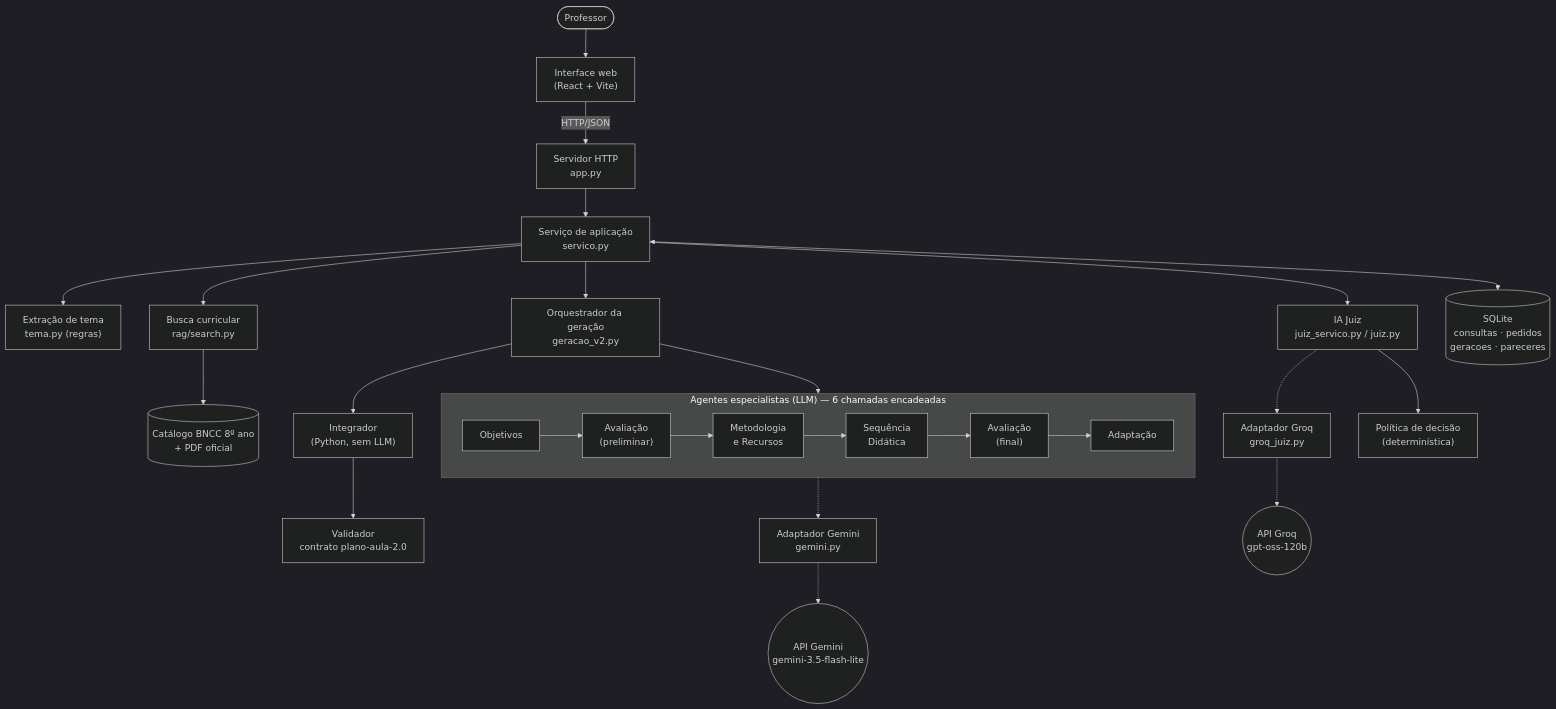
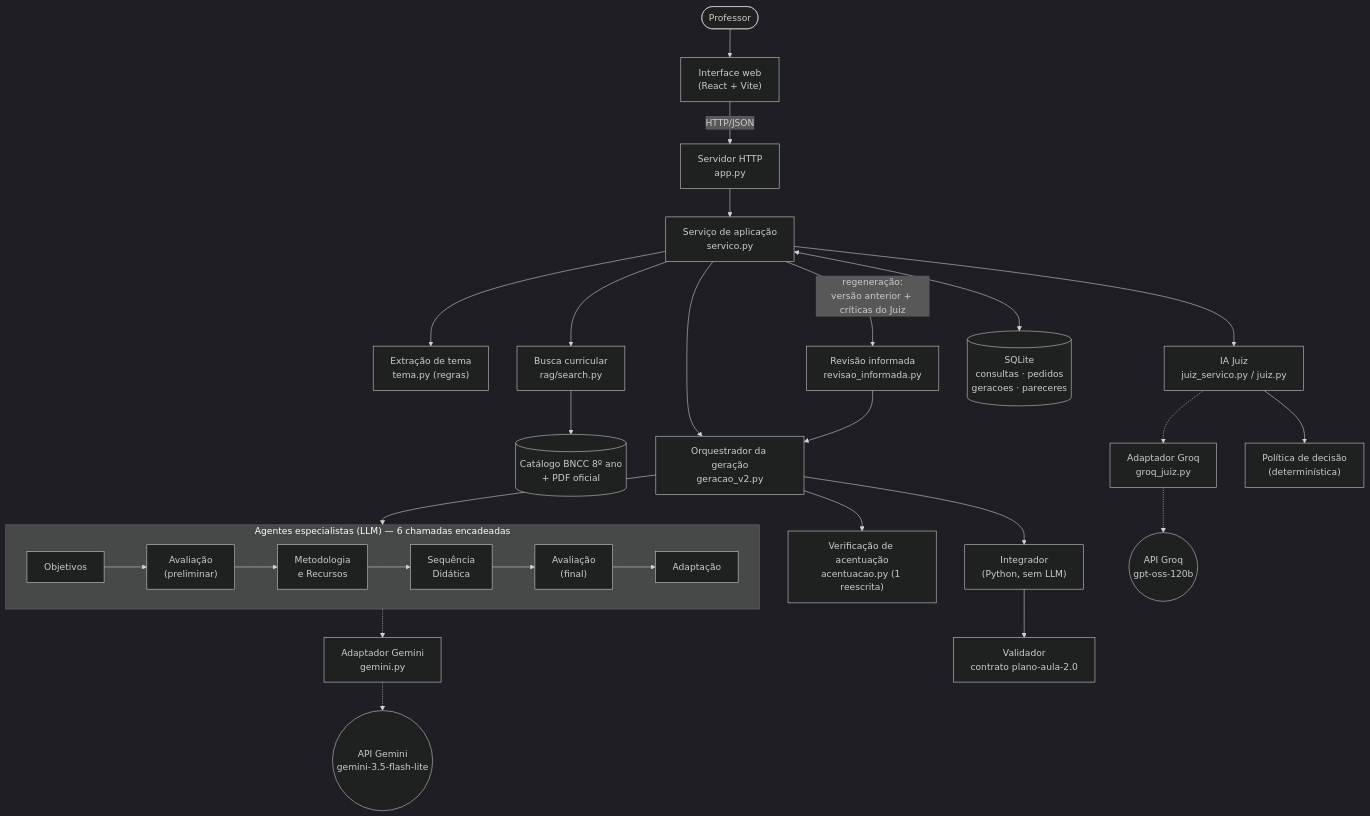
Before and after one commit to Carneiro-Joao/tcc-plataforma-multiagente: the first of 5 diagrams in docs/diagramas/diagramas-finais.md, drawn with Mermaid (dark theme). The commit also changed other lines of this file and 5 other files, not shown here.

First line of the commit message:
docs(diagramas): componentes com revisao informada e verificacao de acentuacao; SVGs de atividades e sequencia regenerados

````diff
--- a/docs/diagramas/diagramas-finais.md
+++ b/docs/diagramas/diagramas-finais.md
@@ -30,24 +32,27 @@
 ```mermaid
 flowchart TB
     P(["Professor"]) --> UI["Interface web<br/>(React + Vite)"]
     UI -->|"HTTP/JSON"| API["Servidor HTTP<br/>app.py"]
     API --> SV["Serviço de aplicação<br/>servico.py"]
     SV --> TEMA["Extração de tema<br/>tema.py (regras)"]
     SV --> RAG["Busca curricular<br/>rag/search.py"]
     RAG --> CAT[("Catálogo BNCC 8º ano<br/>+ PDF oficial")]
     SV --> ORQ["Orquestrador da geração<br/>geracao_v2.py"]
+    SV -->|"regeneração:<br/>versão anterior + críticas do Juiz"| REV["Revisão informada<br/>revisao_informada.py"]
+    REV --> ORQ
+    ORQ --> ACE["Verificação de acentuação<br/>acentuacao.py (1 reescrita)"]
     subgraph ESP["Agentes especialistas (LLM) — 6 chamadas encadeadas"]
         direction LR
         A1["Objetivos"] --> A2["Avaliação<br/>(preliminar)"] --> A3["Metodologia<br/>e Recursos"] --> A4["Sequência<br/>Didática"] --> A5["Avaliação<br/>(final)"] --> A6["Adaptação"]
     end
     ORQ --> ESP
     ESP -.-> GEM["Adaptador Gemini<br/>gemini.py"]
     GEM -.-> GAPI(("API Gemini<br/>gemini-3.5-flash-lite"))
     ORQ --> INT["Integrador<br/>(Python, sem LLM)"]
     INT --> VAL["Validador<br/>contrato plano-aula-2.0"]
     SV --> JUIZ["IA Juiz<br/>juiz_servico.py / juiz.py"]
     JUIZ -.-> GROQ["Adaptador Groq<br/>groq_juiz.py"]
     GROQ -.-> GRAPI(("API Groq<br/>gpt-oss-120b"))
     JUIZ --> POL["Política de decisão<br/>(determinística)"]
     SV <--> DB[("SQLite<br/>consultas · pedidos<br/>geracoes · pareceres")]
 ```
````
